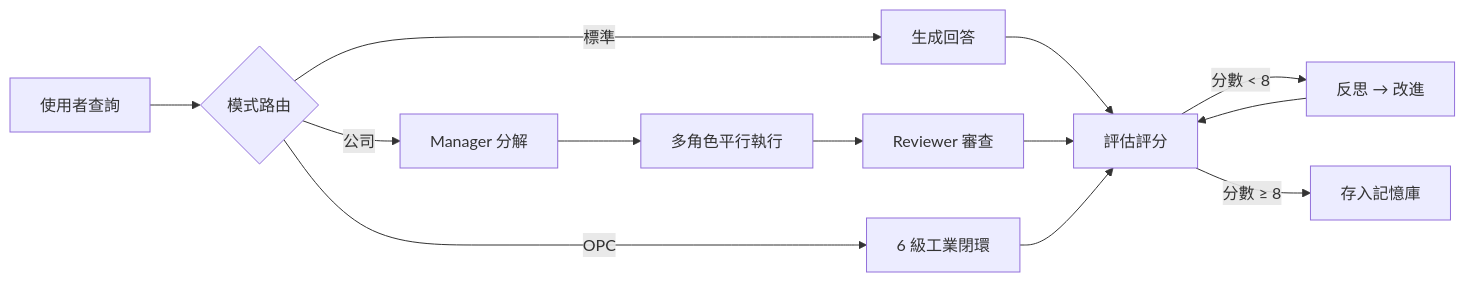
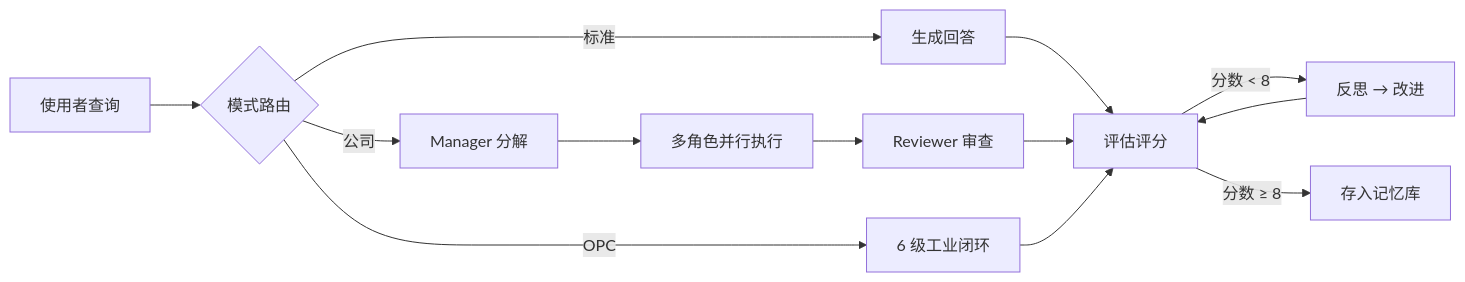
Before and after one commit to iiooiioo888/Evoloop: the diagram in README.md, drawn with Mermaid. The commit also changed other lines of this file and 190 other files, not shown here.

````diff
--- a/README.md
+++ b/README.md
@@ -31,15 +46,15 @@
 ```mermaid
 graph LR
-    A[使用者查詢] --> B{模式路由}
-    B -->|標準| C[生成回答]
+    A[使用者查询] --> B{模式路由}
+    B -->|标准| C[生成回答]
     B -->|公司| D[Manager 分解]
-    B -->|OPC| E[6 級工業閉環]
-    C --> F[評估評分]
-    D --> G[多角色平行執行]
-    G --> H[Reviewer 審查]
+    B -->|OPC| E[6 级工业闭环]
+    C --> F[评估评分]
+    D --> G[多角色并行执行]
+    G --> H[Reviewer 审查]
     H --> F
     E --> F
-    F -->|分數 < 8| I[反思 → 改進]
+    F -->|分数 < 8| I[反思 → 改进]
     I --> F
-    F -->|分數 ≥ 8| J[存入記憶庫]
+    F -->|分数 ≥ 8| J[存入记忆库]
 ```
````
